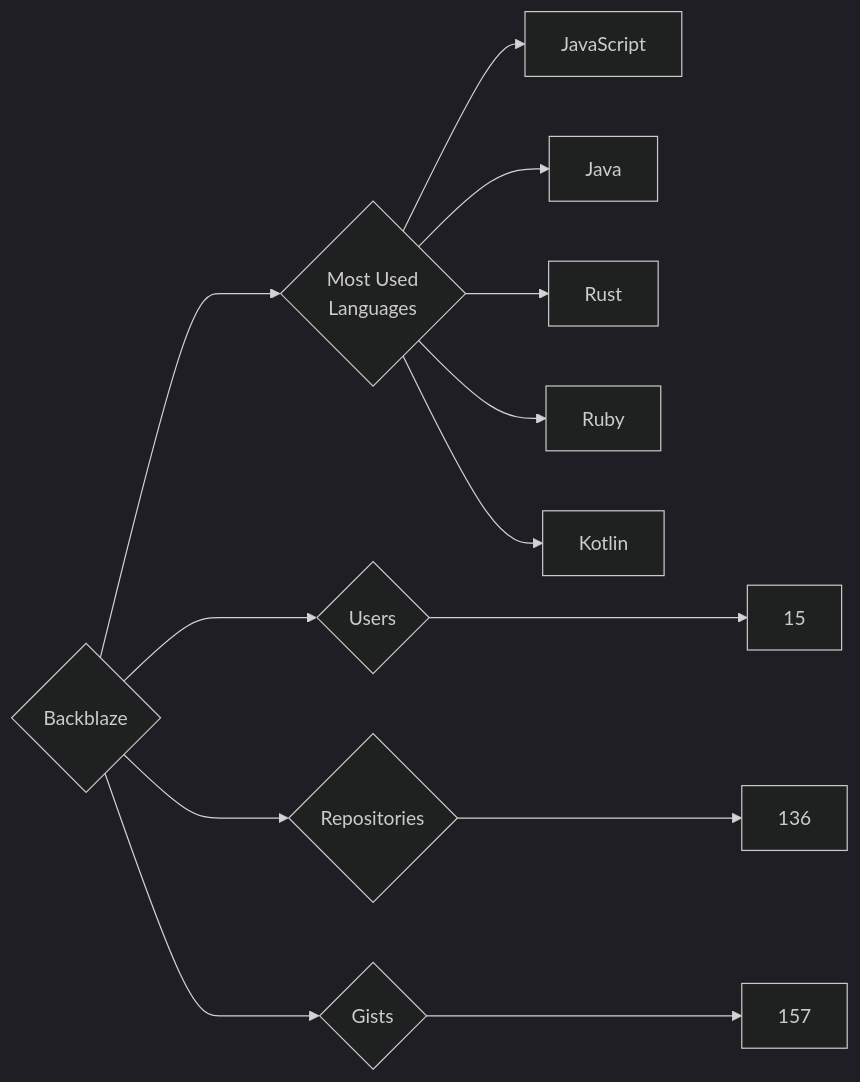
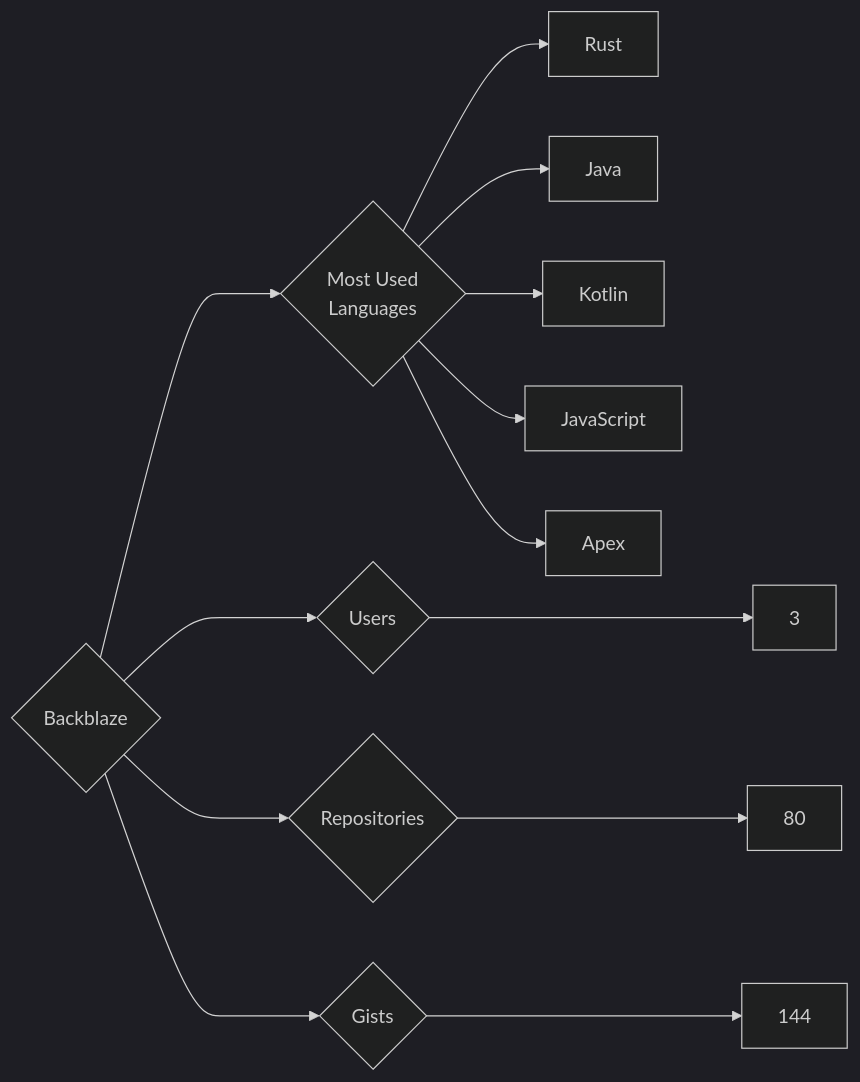
One commit to trickest/insiders changed the diagram in targets/Backblaze/README.md. Above: the diagram before and after it, drawn with Mermaid (dark theme). The commit also changed 847 other files, not shown here.

````diff
--- a/targets/Backblaze/README.md
+++ b/targets/Backblaze/README.md
@@ -3,13 +3,13 @@
 ```mermaid
 graph LR
 COMPANY_NAME{Backblaze}
-COMPANY_NAME ---> U{Users} ---> UN[15]
-COMPANY_NAME ---> R{Repositories} ---> RN[136]
-COMPANY_NAME ---> G{Gists} ---> GN[157]
+COMPANY_NAME ---> U{Users} ---> UN[3]
+COMPANY_NAME ---> R{Repositories} ---> RN[80]
+COMPANY_NAME ---> G{Gists} ---> GN[144]
 COMPANY_NAME ---> ML{Most Used<br>Languages}
+ML --> Rust[Rust]
+ML --> Java[Java]
+ML --> Kotlin[Kotlin]
 ML --> JavaScript[JavaScript]
-ML --> Java[Java]
-ML --> Rust[Rust]
-ML --> Ruby[Ruby]
-ML --> Kotlin[Kotlin]
+ML --> Apex[Apex]
 ```
````
